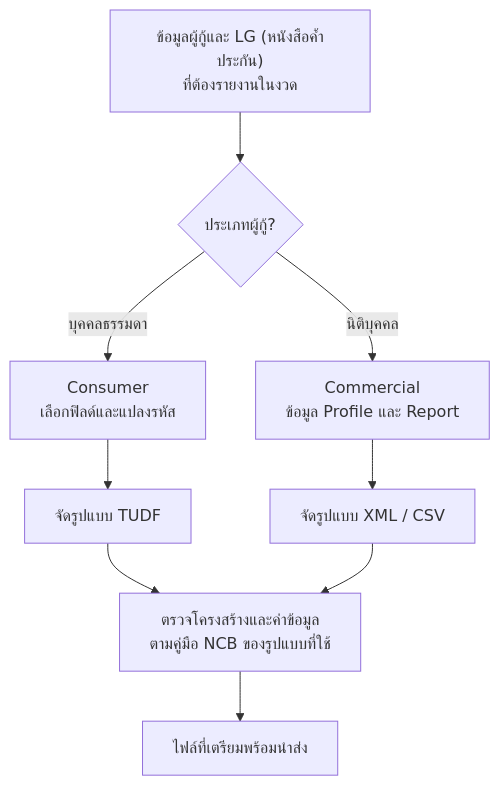
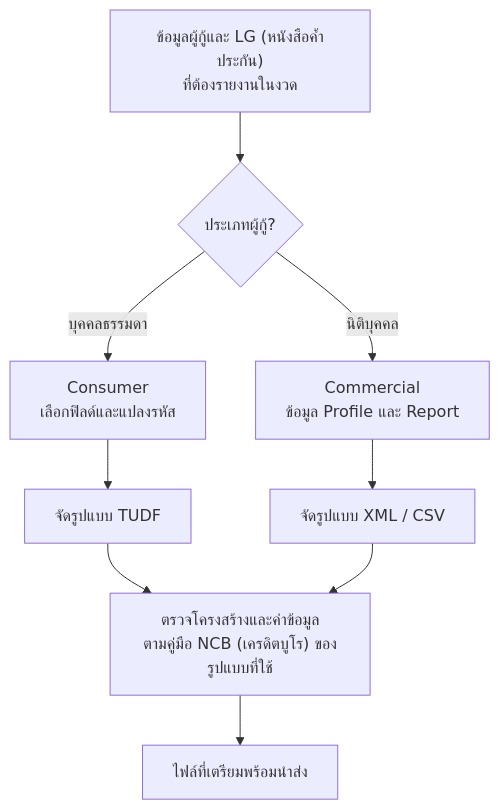
One commit to yukasung/eodncb changed the second of 4 diagrams in app/overview/page.mdx. Above: the diagram before and after it, drawn with Mermaid. The commit also changed other lines of this file and 16 other files, not shown here.

````diff
--- a/app/overview/page.mdx
+++ b/app/overview/page.mdx
@@ -66,11 +72,11 @@
 ```mermaid
 flowchart TD
     A["ข้อมูลผู้กู้และ LG (หนังสือค้ำประกัน)<br/>ที่ต้องรายงานในงวด"] --> B{"ประเภทผู้กู้?"}
     B -->|บุคคลธรรมดา| C["Consumer<br/>เลือกฟิลด์และแปลงรหัส"]
     C --> D["จัดรูปแบบ TUDF"]
     B -->|นิติบุคคล| E["Commercial<br/>ข้อมูล Profile และ Report"]
     E --> F["จัดรูปแบบ XML / CSV"]
-    D --> G["ตรวจโครงสร้างและค่าข้อมูล<br/>ตามคู่มือ NCB ของรูปแบบที่ใช้"]
+    D --> G["ตรวจโครงสร้างและค่าข้อมูล<br/>ตามคู่มือ NCB (เครดิตบูโร) ของรูปแบบที่ใช้"]
     F --> G
     G --> H["ไฟล์ที่เตรียมพร้อมนำส่ง"]
 ```
````
